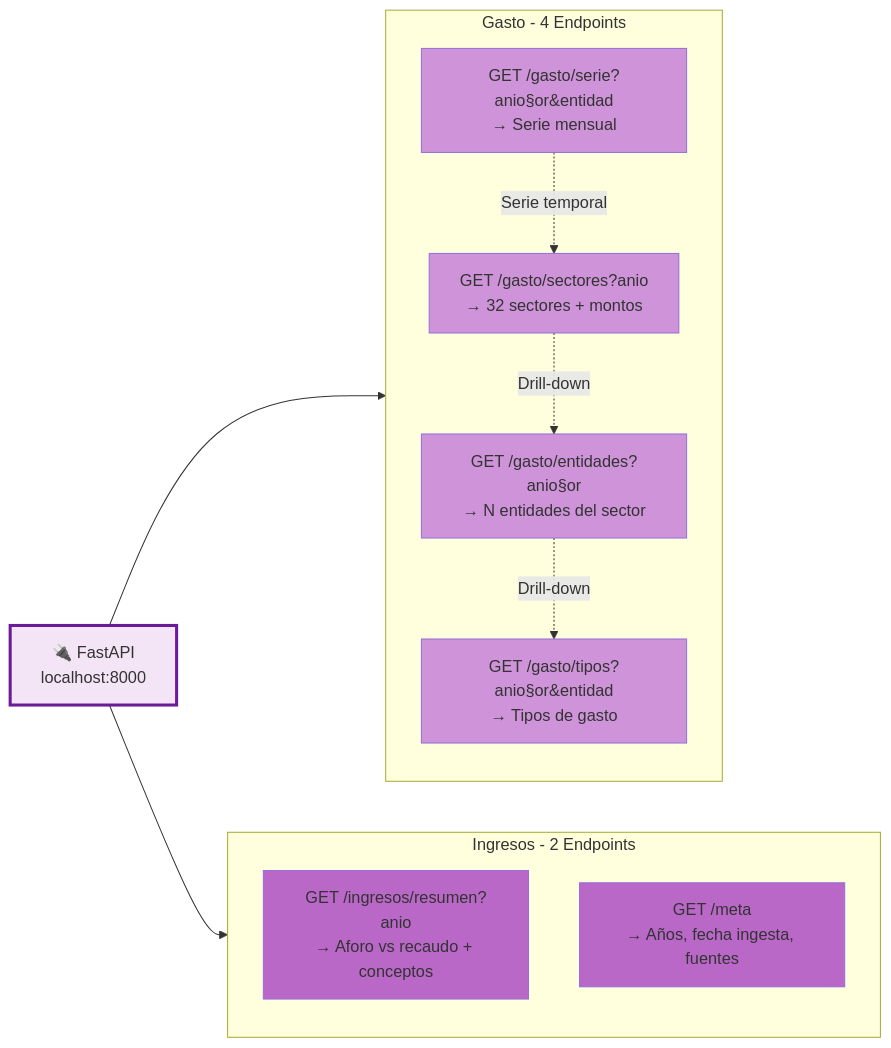
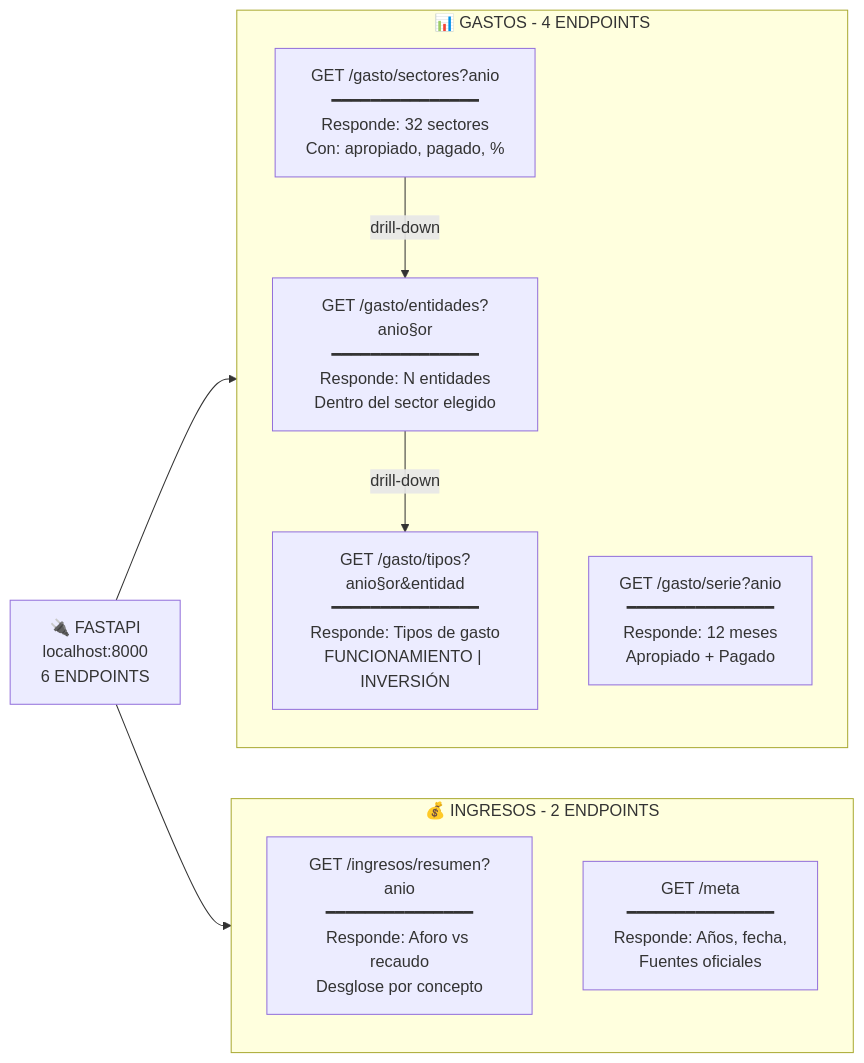
One commit to Bayonati/PoliTracker changed the fifth of 6 diagrams in ARQUITECTURA.md. Above: the diagram before and after it, drawn with Mermaid. The commit also changed other lines of this file, not shown here.

First line of the commit message:
fix: Mejorar diagrama Mermaid - sin estilos CSS

````diff
--- a/ARQUITECTURA.md
+++ b/ARQUITECTURA.md
@@ -207,31 +193,22 @@
 ```mermaid
 graph LR
-    API["🔌 FastAPI<br/>localhost:8000"]
+    API["🔌 FASTAPI<br/>localhost:8000<br/>6 ENDPOINTS"]
     
-    subgraph GASTO["Gasto - 4 Endpoints"]
-        E1["GET /gasto/sectores?anio<br/>→ 32 sectores + montos"]
-        E2["GET /gasto/entidades?anio&sector<br/>→ N entidades del sector"]
-        E3["GET /gasto/tipos?anio&sector&entidad<br/>→ Tipos de gasto"]
-        E4["GET /gasto/serie?anio&sector&entidad<br/>→ Serie mensual"]
+    subgraph GASTO["📊 GASTOS - 4 ENDPOINTS"]
+        E1["GET /gasto/sectores?anio<br/>━━━━━━━━━━━━━━━<br/>Responde: 32 sectores<br/>Con: apropiado, pagado, %"]
+        E2["GET /gasto/entidades?anio&sector<br/>━━━━━━━━━━━━━━━<br/>Responde: N entidades<br/>Dentro del sector elegido"]
+        E3["GET /gasto/tipos?anio&sector&entidad<br/>━━━━━━━━━━━━━━━<br/>Responde: Tipos de gasto<br/>FUNCIONAMIENTO | INVERSIÓN"]
+        E4["GET /gasto/serie?anio<br/>━━━━━━━━━━━━━━━<br/>Responde: 12 meses<br/>Apropiado + Pagado"]
     end
     
-    subgraph INGRESO["Ingresos - 2 Endpoints"]
-        E5["GET /ingresos/resumen?anio<br/>→ Aforo vs recaudo + conceptos"]
-        E6["GET /meta<br/>→ Años, fecha ingesta, fuentes"]
+    subgraph INGRESO["💰 INGRESOS - 2 ENDPOINTS"]
+        E5["GET /ingresos/resumen?anio<br/>━━━━━━━━━━━━━━━<br/>Responde: Aforo vs recaudo<br/>Desglose por concepto"]
+        E6["GET /meta<br/>━━━━━━━━━━━━━━━<br/>Responde: Años, fecha,<br/>Fuentes oficiales"]
     end
     
     API --> GASTO
     API --> INGRESO
     
-    E1 -.Drill-down.-> E2
-    E2 -.Drill-down.-> E3
-    E4 -.Serie temporal.-> E1
-    
-    style API fill:#f3e5f5,stroke:#6a1b9a,stroke-width:3px
-    style E1 fill:#ce93d8
-    style E2 fill:#ce93d8
-    style E3 fill:#ce93d8
-    style E4 fill:#ce93d8
-    style E5 fill:#ba68c8
-    style E6 fill:#ba68c8
+    E1 -->|drill-down| E2
+    E2 -->|drill-down| E3
 ```
````
